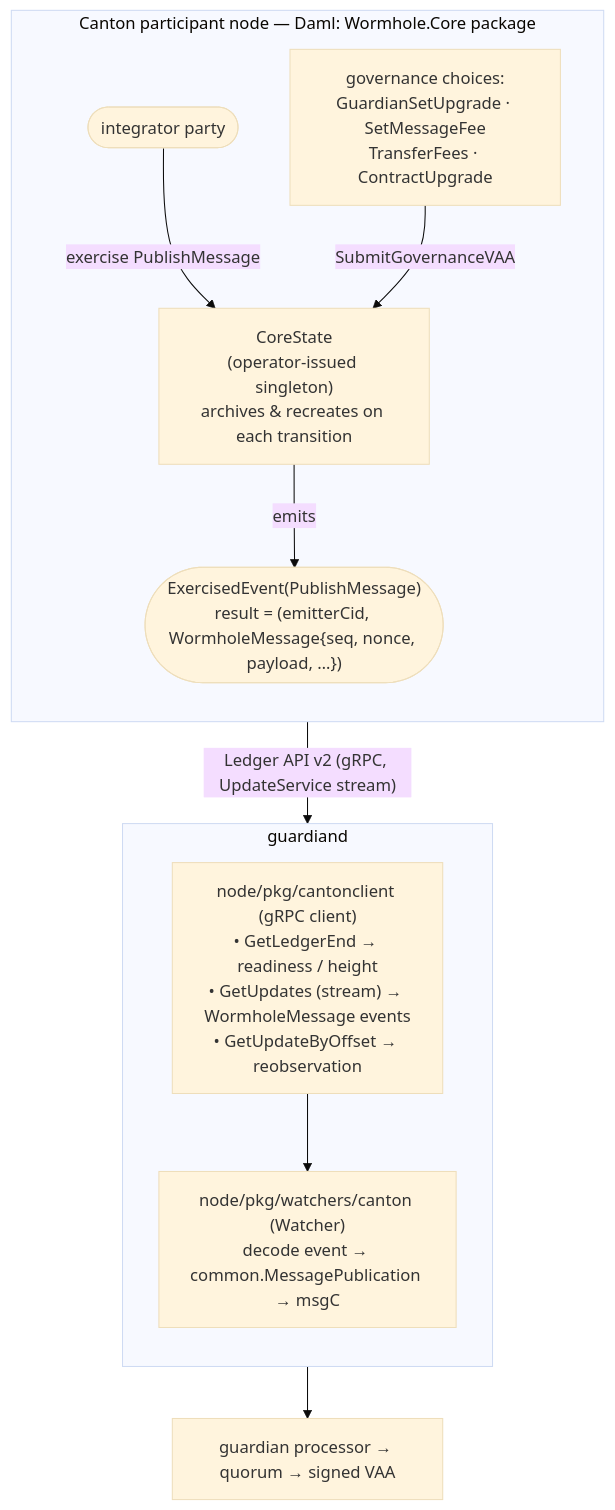
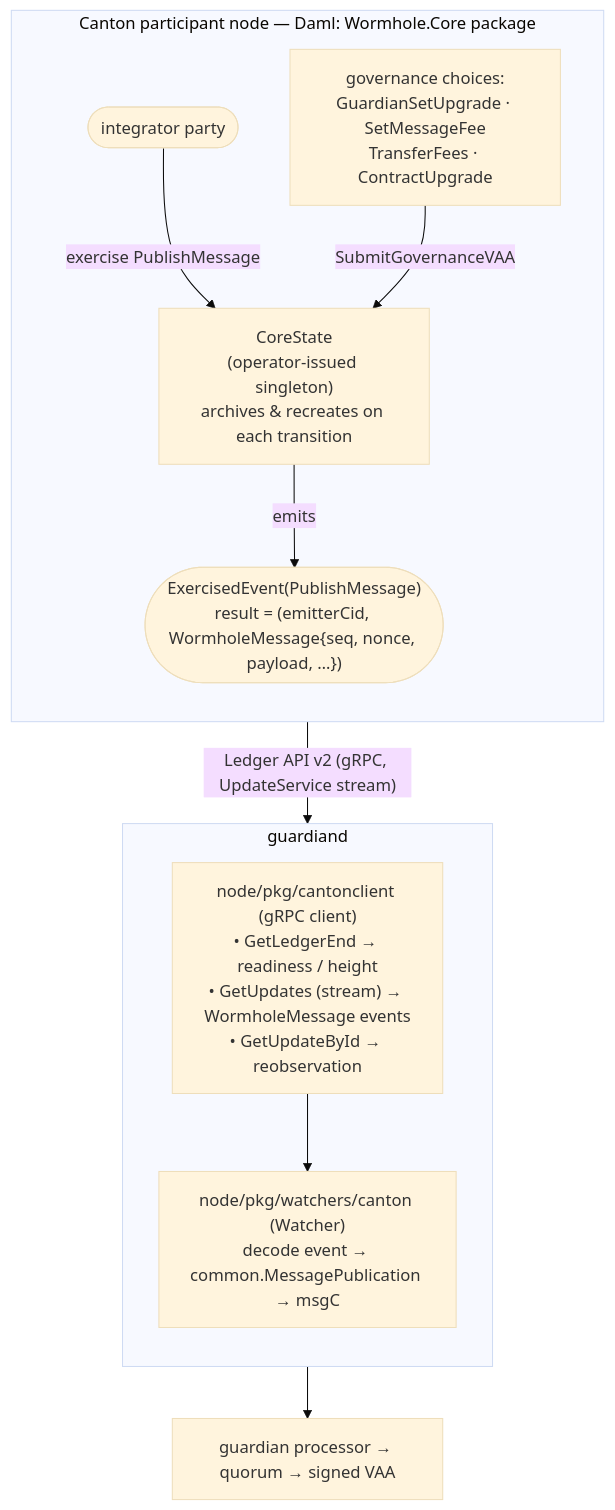
Before and after one commit to wormholelabs-xyz/wormhole: the first of 2 diagrams in canton/README.md, drawn with Mermaid (base theme). The commit also changed other lines of this file and 1 other file, not shown here.

````diff
--- a/canton/README.md
+++ b/canton/README.md
@@ -95,23 +96,23 @@
 ```mermaid
 flowchart TD
     subgraph canton["Canton participant node — Daml: Wormhole.Core package"]
         direction TB
         integrator(["integrator party"])
         core["CoreState<br/>(operator-issued singleton)<br/>archives &amp; recreates on each transition"]
         gov["governance choices:<br/>GuardianSetUpgrade · SetMessageFee<br/>TransferFees · ContractUpgrade"]
         evt(["ExercisedEvent(PublishMessage)<br/>result = (emitterCid, WormholeMessage{seq, nonce, payload, …})"])
         integrator -- "exercise PublishMessage" --> core
         gov -- "SubmitGovernanceVAA" --> core
         core -- emits --> evt
     end
 
     subgraph gd["guardiand"]
         direction TB
-        client["node/pkg/cantonclient (gRPC client)<br/>• GetLedgerEnd → readiness / height<br/>• GetUpdates (stream) → WormholeMessage events<br/>• GetUpdateByOffset → reobservation"]
+        client["node/pkg/cantonclient (gRPC client)<br/>• GetLedgerEnd → readiness / height<br/>• GetUpdates (stream) → WormholeMessage events<br/>• GetUpdateById → reobservation"]
         watcher["node/pkg/watchers/canton (Watcher)<br/>decode event → common.MessagePublication → msgC"]
         client --> watcher
     end
 
     evt -- "Ledger API v2 (gRPC, UpdateService stream)" --> client
     watcher --> proc["guardian processor → quorum → signed VAA"]
 ```
````
